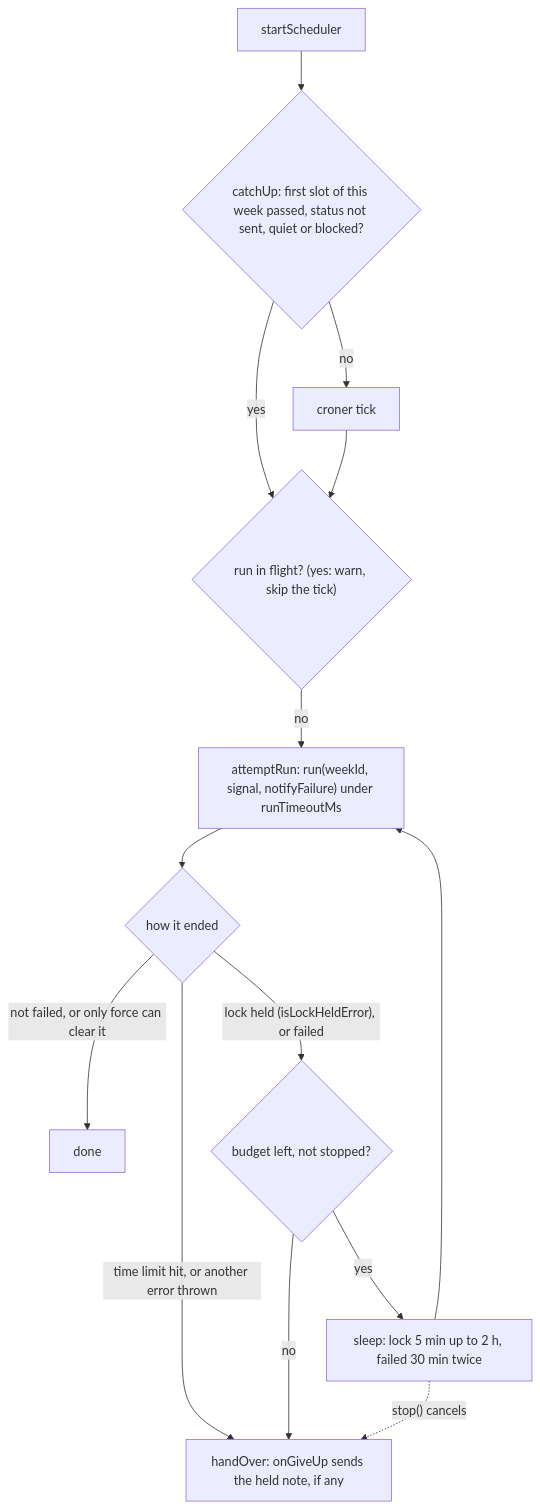
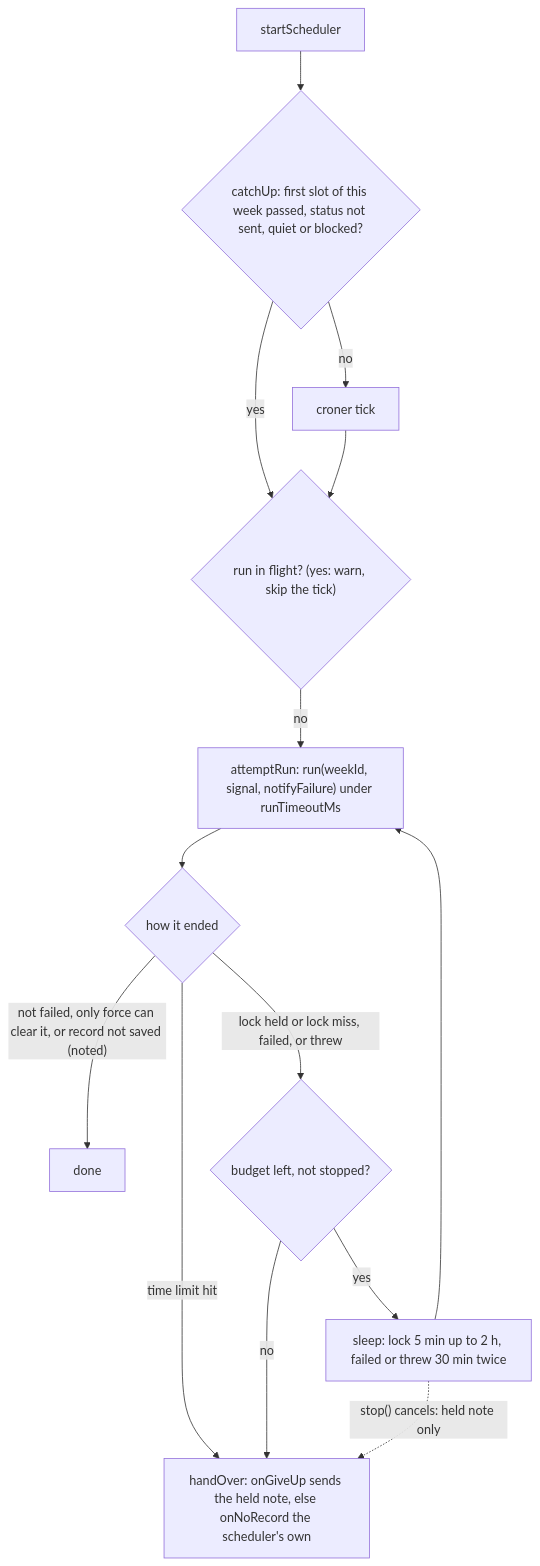
The second of 2 diagrams in src/scheduler/CLAUDE.md (odere-pro/weekly-engineering-digest-agent), drawn with Mermaid before and after one commit. The commit also changed other lines of this file and 72 other files, not shown here.

First line of the commit message:
fix(reliability): stop double sends and silently lost weeks

````diff
--- a/src/scheduler/CLAUDE.md
+++ b/src/scheduler/CLAUDE.md
@@ -25,14 +26,14 @@
 ```mermaid
 flowchart TD
   start["startScheduler"] --> catchUp{"catchUp: first slot of this week passed, status not sent, quiet or blocked?"}
   catchUp -->|yes| exec{"run in flight? (yes: warn, skip the tick)"}
   catchUp -->|no| tick["croner tick"] --> exec
   exec -->|no| attempt["attemptRun: run(weekId, signal, notifyFailure) under runTimeoutMs"]
   attempt --> outcome{"how it ended"}
-  outcome -->|"not failed, or only force can clear it"| done[done]
-  outcome -->|"time limit hit, or another error thrown"| giveUp["handOver: onGiveUp sends the held note, if any"]
-  outcome -->|"lock held (isLockHeldError), or failed"| retry{"budget left, not stopped?"}
-  retry -->|yes| wait["sleep: lock 5 min up to 2 h, failed 30 min twice"] --> attempt
+  outcome -->|"not failed, only force can clear it, or record not saved (noted)"| done[done]
+  outcome -->|"time limit hit"| giveUp["handOver: onGiveUp sends the held note, else onNoRecord the scheduler's own"]
+  outcome -->|"lock held or lock miss, failed, or threw"| retry{"budget left, not stopped?"}
+  retry -->|yes| wait["sleep: lock 5 min up to 2 h, failed or threw 30 min twice"] --> attempt
   retry -->|no| giveUp
-  wait -.->|"stop() cancels"| giveUp
+  wait -.->|"stop() cancels: held note only"| giveUp
 ```
````
